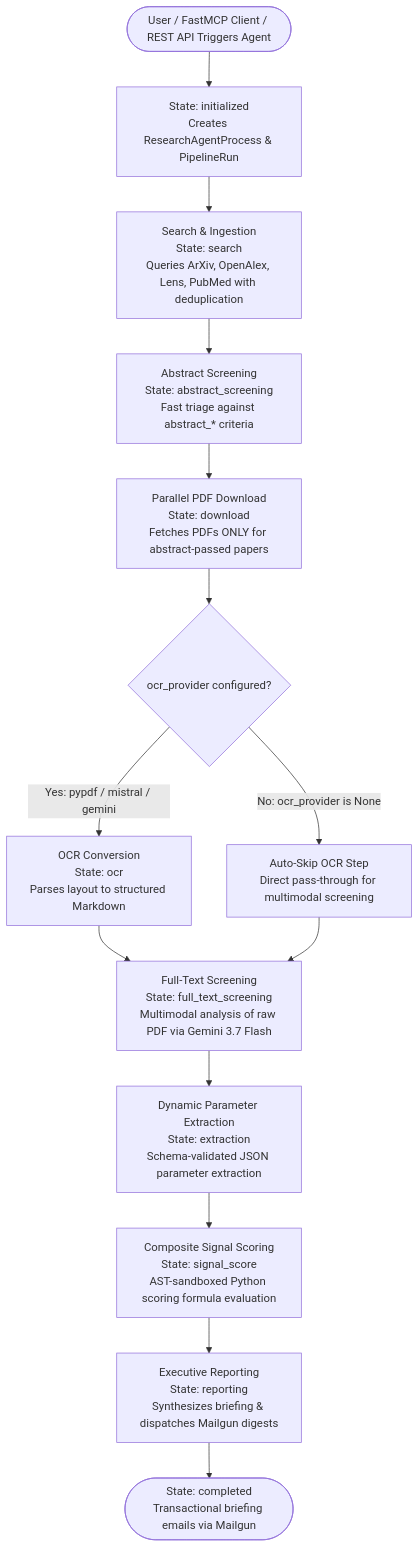
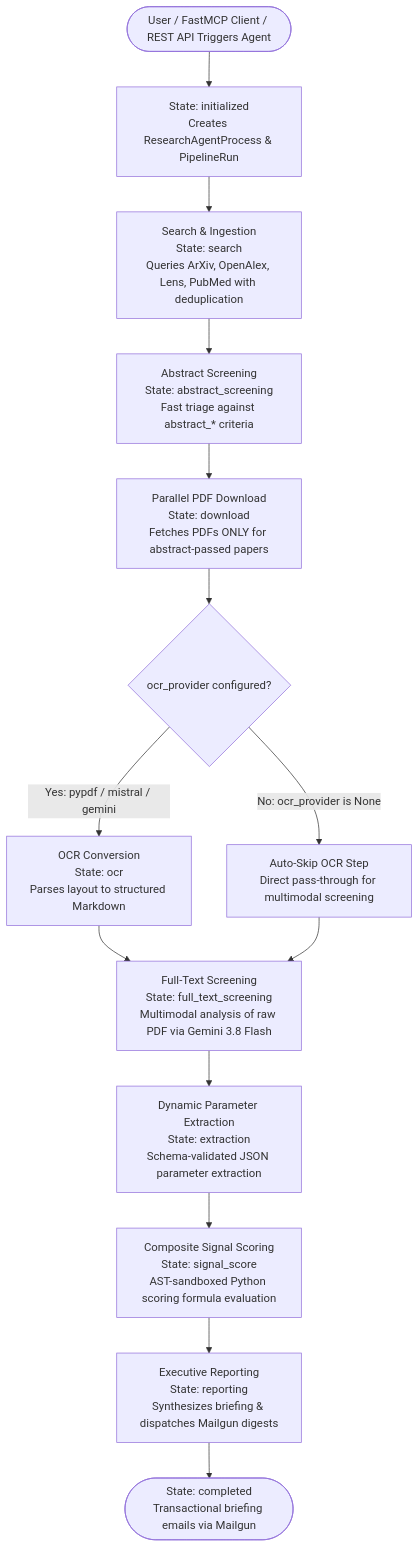
The diagram in backend/README.md (p4ku/research-intelligence), drawn with Mermaid before and after one commit. The commit also changed other lines of this file and 6 other files, not shown here.

Commit message:
docs: update root, backend, and frontend READMEs with scorecard and editions architecture

````diff
--- a/backend/README.md
+++ b/backend/README.md
@@ -59,26 +60,26 @@
 ```mermaid
 graph TD
     Start([User / FastMCP Client / REST API Triggers Agent]) --> Initialized[State: initialized<br/>Creates ResearchAgentProcess & PipelineRun]
     
     Initialized --> SearchStep[Search & Ingestion<br/>State: search<br/>Queries ArXiv, OpenAlex, Lens, PubMed with deduplication]
     
     SearchStep --> AbstractScreening[Abstract Screening<br/>State: abstract_screening<br/>Fast triage against abstract_* criteria]
     
     AbstractScreening --> DownloadStep[Parallel PDF Download<br/>State: download<br/>Fetches PDFs ONLY for abstract-passed papers]
     
     DownloadStep --> OCRCheck{ocr_provider configured?}
     
     OCRCheck -->|Yes: pypdf / mistral / gemini| OCRStep[OCR Conversion<br/>State: ocr<br/>Parses layout to structured Markdown]
     OCRCheck -->|No: ocr_provider is None| SkipOCR[Auto-Skip OCR Step<br/>Direct pass-through for multimodal screening]
     
-    OCRStep --> FullTextScreening[Full-Text Screening<br/>State: full_text_screening<br/>Multimodal analysis of raw PDF via Gemini 3.7 Flash]
+    OCRStep --> FullTextScreening[Full-Text Screening<br/>State: full_text_screening<br/>Multimodal analysis of raw PDF via Gemini 3.8 Flash]
     SkipOCR --> FullTextScreening
     
     FullTextScreening --> ExtractionStep[Dynamic Parameter Extraction<br/>State: extraction<br/>Schema-validated JSON parameter extraction]
     
     ExtractionStep --> SignalScoreStep[Composite Signal Scoring<br/>State: signal_score<br/>AST-sandboxed Python scoring formula evaluation]
     
     SignalScoreStep --> ReportingStep[Executive Reporting<br/>State: reporting<br/>Synthesizes briefing & dispatches Mailgun digests]
     
     ReportingStep --> Completed([State: completed<br/>Transactional briefing emails via Mailgun])
 ```
````
